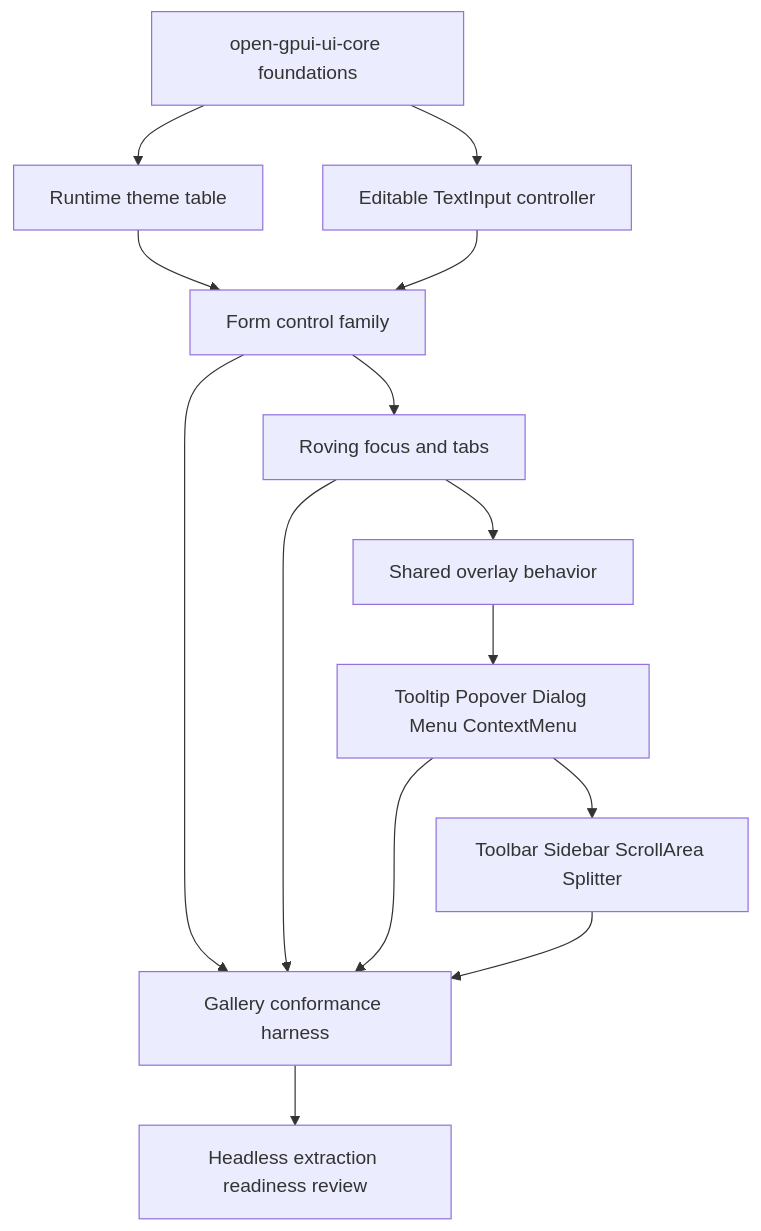
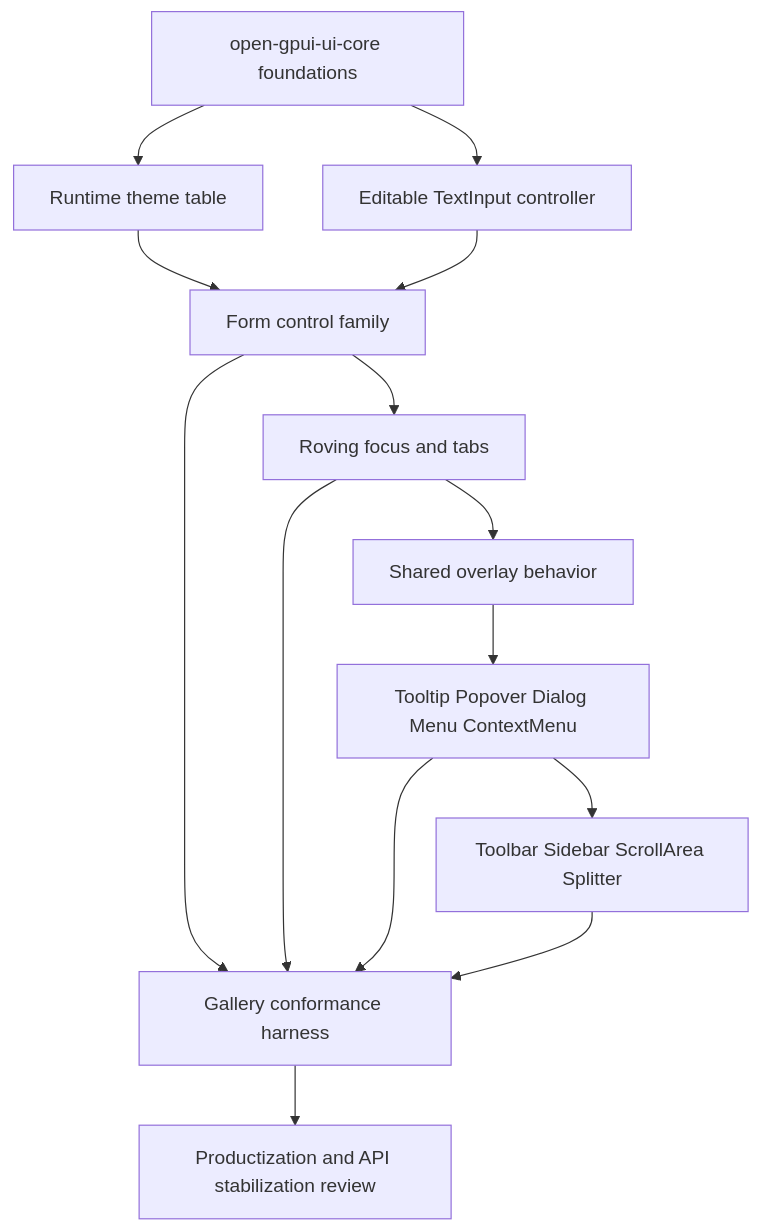
One commit to Latias94/open-gpui changed the diagram in docs/plans/2026-06-15-004-feat-ui-component-roadmap-plan.md. Above: the diagram before and after it, drawn with Mermaid. The commit also changed other lines of this file and 12 other files, not shown here.

Commit message:
docs(ui): recenter component roadmap on productization

````diff
--- a/docs/plans/2026-06-15-004-feat-ui-component-roadmap-plan.md
+++ b/docs/plans/2026-06-15-004-feat-ui-component-roadmap-plan.md
@@ -129,27 +132,27 @@
 ```mermaid
 flowchart TB
     Core[open-gpui-ui-core foundations]
     Theme[Runtime theme table]
     Text[Editable TextInput controller]
     Forms[Form control family]
     Roving[Roving focus and tabs]
     OverlayCore[Shared overlay behavior]
     OverlayComponents[Tooltip Popover Dialog Menu ContextMenu]
     Layout[Toolbar Sidebar ScrollArea Splitter]
     Gallery[Gallery conformance harness]
-    Headless[Headless extraction readiness review]
+    Product[Productization and API stabilization review]
 
     Core --> Theme
     Core --> Text
     Theme --> Forms
     Text --> Forms
     Forms --> Roving
     Roving --> OverlayCore
     OverlayCore --> OverlayComponents
     OverlayComponents --> Layout
     Forms --> Gallery
     Roving --> Gallery
     OverlayComponents --> Gallery
     Layout --> Gallery
-    Gallery --> Headless
+    Gallery --> Product
 ```
````
